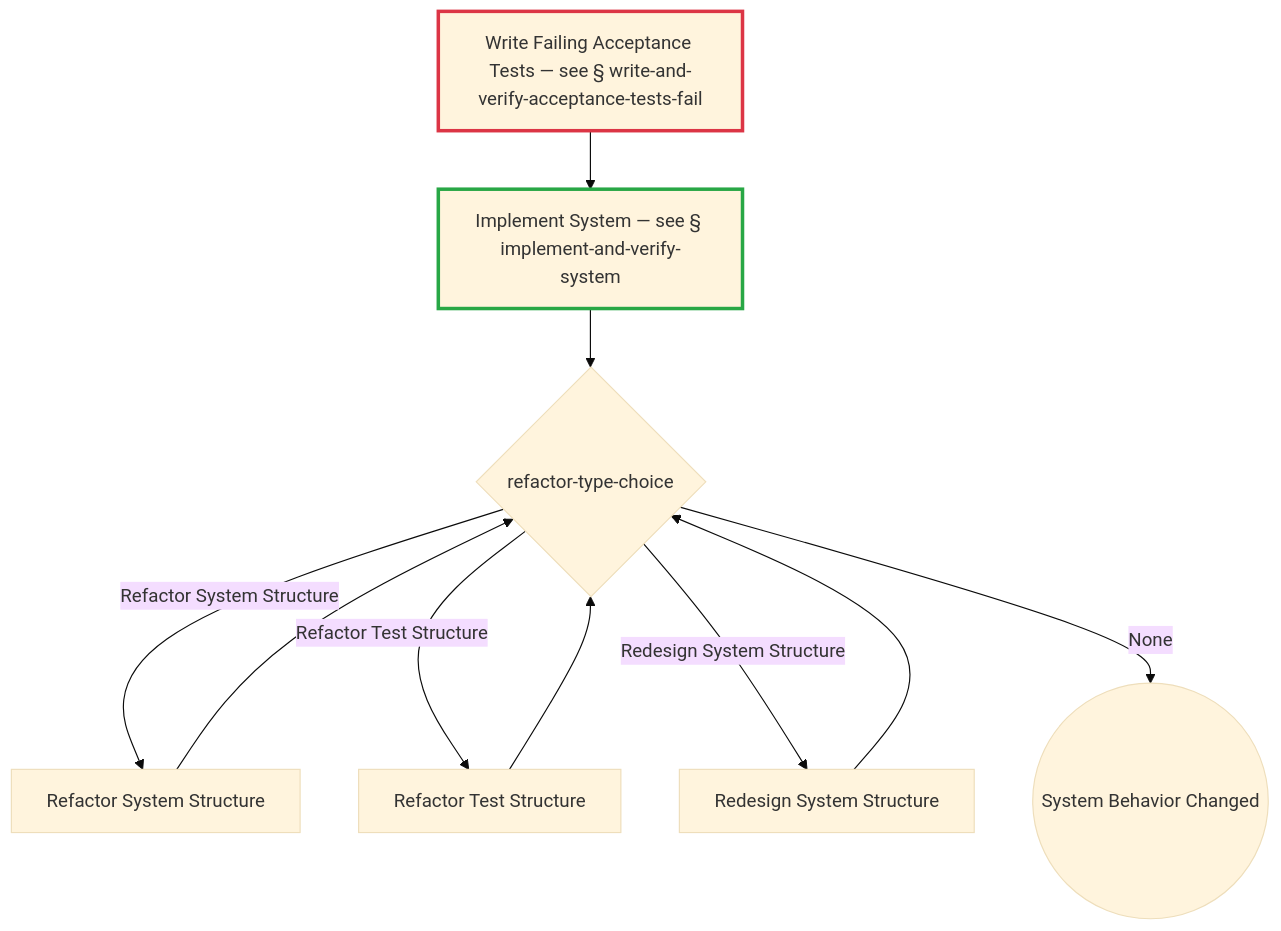
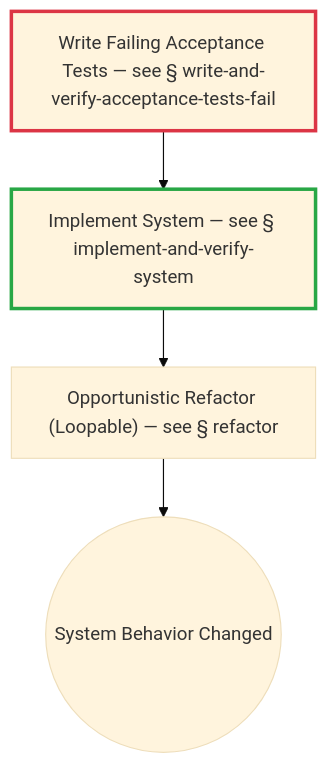
One commit to optivem/gh-optivem changed the eighth of 50 diagrams in docs/process-diagram.md. Above: the diagram before and after it, drawn with Mermaid (base theme). The commit also changed 2 other files, not shown here.

Commit message:
atdd/runtime: collapse opportunistic refactor block into call into refactor TOP (Item 3)

````diff
--- a/docs/process-diagram.md
+++ b/docs/process-diagram.md
@@ -200,26 +200,17 @@
 ```mermaid
 flowchart TD
     CHANGE_SYSTEM_BEHAVIOR_END((System Behavior Changed))
-    GATE_OPPORTUNISTIC_REFACTOR{refactor-type-choice}
     IMPLEMENT_AND_VERIFY_SYSTEM[Implement System — see § implement-and-verify-system]
-    OPP_REDESIGN_SYSTEM_STRUCTURE[Redesign System Structure]
-    OPP_REFACTOR_SYSTEM_STRUCTURE[Refactor System Structure]
-    OPP_REFACTOR_TEST_STRUCTURE[Refactor Test Structure]
+    REFACTOR_OPPORTUNISTICALLY["Opportunistic Refactor (Loopable) — see § refactor"]
     WRITE_AND_VERIFY_ACCEPTANCE_TESTS_FAIL[Write Failing Acceptance Tests — see § write-and-verify-acceptance-tests-fail]
 
     WRITE_AND_VERIFY_ACCEPTANCE_TESTS_FAIL --> IMPLEMENT_AND_VERIFY_SYSTEM
-    IMPLEMENT_AND_VERIFY_SYSTEM --> GATE_OPPORTUNISTIC_REFACTOR
-    GATE_OPPORTUNISTIC_REFACTOR -- Refactor System Structure --> OPP_REFACTOR_SYSTEM_STRUCTURE
-    GATE_OPPORTUNISTIC_REFACTOR -- Refactor Test Structure --> OPP_REFACTOR_TEST_STRUCTURE
-    GATE_OPPORTUNISTIC_REFACTOR -- Redesign System Structure --> OPP_REDESIGN_SYSTEM_STRUCTURE
-    GATE_OPPORTUNISTIC_REFACTOR -- None --> CHANGE_SYSTEM_BEHAVIOR_END
-    OPP_REFACTOR_SYSTEM_STRUCTURE --> GATE_OPPORTUNISTIC_REFACTOR
-    OPP_REFACTOR_TEST_STRUCTURE --> GATE_OPPORTUNISTIC_REFACTOR
-    OPP_REDESIGN_SYSTEM_STRUCTURE --> GATE_OPPORTUNISTIC_REFACTOR
+    IMPLEMENT_AND_VERIFY_SYSTEM --> REFACTOR_OPPORTUNISTICALLY
+    REFACTOR_OPPORTUNISTICALLY --> CHANGE_SYSTEM_BEHAVIOR_END
 
     classDef tddRedNode stroke:#dc3545,stroke-width:3px
     class WRITE_AND_VERIFY_ACCEPTANCE_TESTS_FAIL tddRedNode
 
     classDef tddGreenNode stroke:#28a745,stroke-width:3px
     class IMPLEMENT_AND_VERIFY_SYSTEM tddGreenNode
 ```
````
